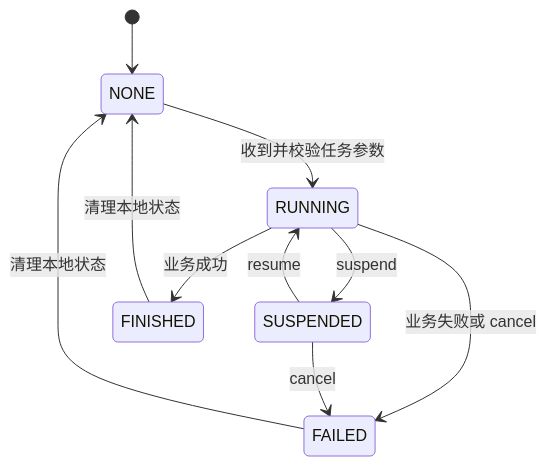
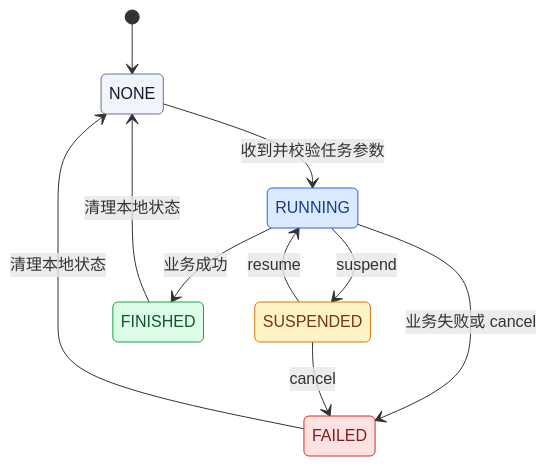
Before and after one commit to chl1123/chl1123.github.io: the second of 5 diagrams in docs/guide/tutorial.md, drawn with Mermaid. The commit also changed other lines of this file and 4 other files, not shown here.

Commit message:
feat: m-7044389795 修复 mermaid 渲染、增加配色

````diff
--- a/docs/guide/tutorial.md
+++ b/docs/guide/tutorial.md
@@ -153,12 +164,23 @@
 ```mermaid
 stateDiagram-v2
     [*] --> NONE
     NONE --> RUNNING: 收到并校验任务参数
     RUNNING --> SUSPENDED: suspend
     SUSPENDED --> RUNNING: resume
     RUNNING --> FINISHED: 业务成功
     RUNNING --> FAILED: 业务失败或 cancel
     SUSPENDED --> FAILED: cancel
     FINISHED --> NONE: 清理本地状态
     FAILED --> NONE: 清理本地状态
+
+    classDef idle fill:#F1F5F9,stroke:#64748B,color:#0F172A
+    classDef running fill:#DBEAFE,stroke:#2563EB,color:#1E3A8A
+    classDef finished fill:#DCFCE7,stroke:#16A34A,color:#14532D
+    classDef failed fill:#FEE2E2,stroke:#DC2626,color:#7F1D1D
+    classDef suspended fill:#FEF3C7,stroke:#D97706,color:#78350F
+    class NONE idle
+    class RUNNING running
+    class FINISHED finished
+    class FAILED failed
+    class SUSPENDED suspended
 ```
````
